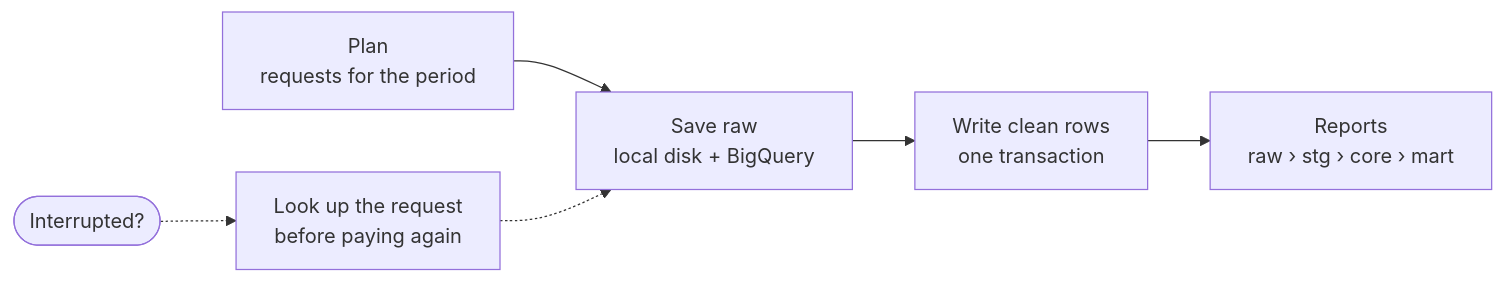
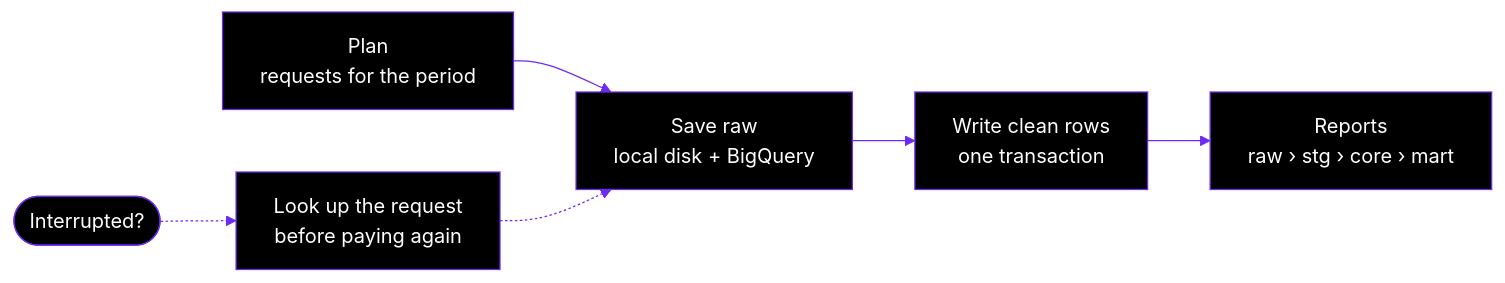
The second of 2 diagrams in README.md (locomotive-agency/brand-presence), drawn with Mermaid before and after one commit. The commit also changed other lines of this file and 3 other files, not shown here.

````diff
--- a/README.md
+++ b/README.md
@@ -179,8 +177,9 @@
 ```mermaid
+%%{init: {'theme': 'base', 'themeVariables': {'primaryColor': '#000000', 'primaryTextColor': '#ffffff', 'primaryBorderColor': '#6e29f6', 'lineColor': '#6e29f6', 'fontFamily': 'Plus Jakarta Sans, sans-serif'}}}%%
 flowchart LR
     P["Plan<br/>requests for the period"] --> R["Save raw<br/>local disk + BigQuery"]
     R --> C["Write clean rows<br/>one transaction"]
     C --> T["Reports<br/>raw › stg › core › mart"]
     X(["Interrupted?"]) -.-> L["Look up the request<br/>before paying again"]
     L -.-> R
 ```
````
